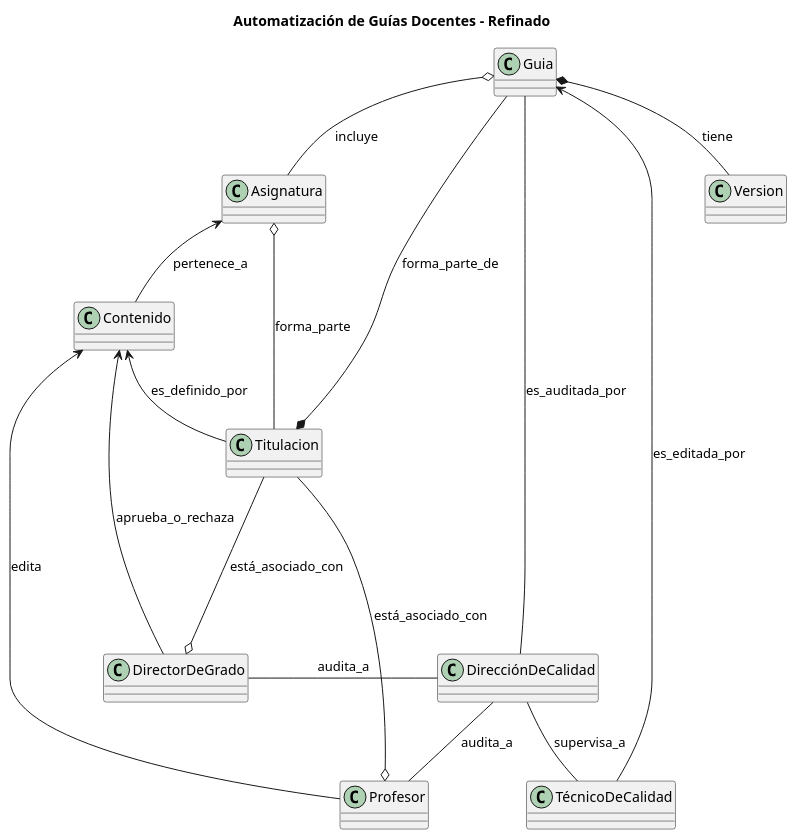
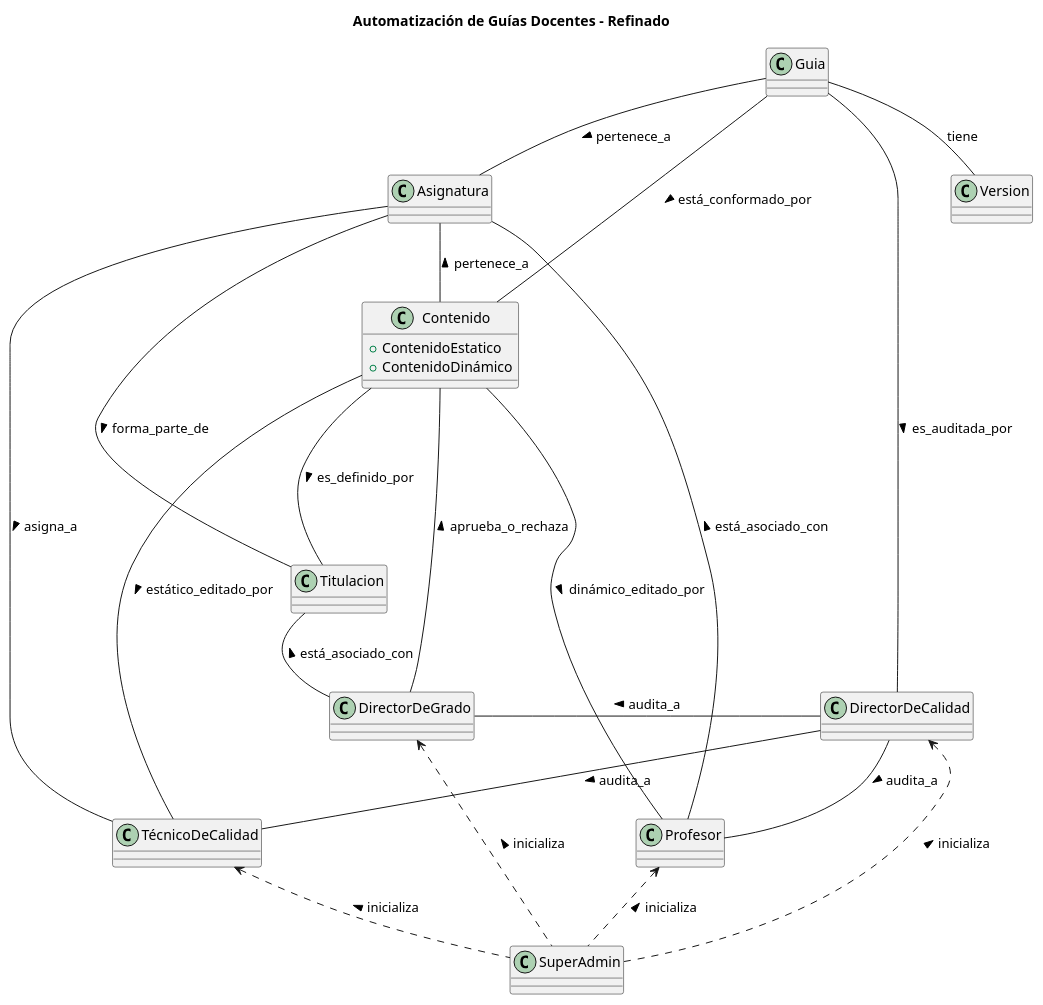
Before and after one commit to mmasias/24-25-IdSw1-SDR: the diagram in ModeloDelDominio/DiagramaDeClases.puml, drawn with PlantUML. The commit also changed 4 other files, not shown here.

First line of the commit message:
Actualizando diagrama de clases - Relacion de contenido directamente con Guía - Relacionar tecnico de calidad y asignatura

```diff
--- a/ModeloDelDominio/DiagramaDeClases.puml
+++ b/ModeloDelDominio/DiagramaDeClases.puml
@@ -1,36 +1,47 @@
 @startuml Diagrama de Clases
 title Automatización de Guías Docentes - Refinado
 
+class SuperAdmin
 class Profesor
 class DirectorDeGrado
 class TécnicoDeCalidad
-class DirecciónDeCalidad
+class DirectorDeCalidad
 class Guia
-class Contenido
+class Contenido {
+  + ContenidoEstatico
+  + ContenidoDinámico
+}
 class Titulacion
 class Asignatura
 class Version
 
-Guia --* Titulacion: forma_parte_de
-Guia o-- Asignatura: incluye
+Guia -- Asignatura: pertenece_a >
+Guia -- Contenido: está_conformado_por >
 
-Asignatura <-down- Contenido: pertenece_a
-Asignatura o-down- Titulacion: forma_parte
 
-Guia -down- DirecciónDeCalidad: es_auditada_por
-Guia <-down- TécnicoDeCalidad: es_editada_por
-Guia *-down- Version: tiene
+Asignatura -down- Contenido: pertenece_a <
+Asignatura -down- Titulacion: forma_parte_de >
+Asignatura -- TécnicoDeCalidad : asigna_a >
 
-Contenido <-- Titulacion: es_definido_por
+Guia -down- DirectorDeCalidad: es_auditada_por >
+Guia -down- Version: tiene
 
-DirecciónDeCalidad -- TécnicoDeCalidad: supervisa_a
-DirecciónDeCalidad -- Profesor: audita_a
-DirecciónDeCalidad -l-- DirectorDeGrado: audita_a
+Contenido --- Titulacion: es_definido_por >
 
-Profesor o-up-- Titulacion: está_asociado_con
-DirectorDeGrado o-up-- Titulacion: está_asociado_con
+DirectorDeCalidad -- TécnicoDeCalidad: audita_a >
+DirectorDeCalidad -- Profesor: audita_a >
+DirectorDeCalidad -l- DirectorDeGrado: audita_a >
 
-Contenido <- DirectorDeGrado: aprueba_o_rechaza
-Contenido <-- Profesor: edita
+Profesor -up-- Asignatura: está_asociado_con >
 
+Contenido -- Profesor: dinámico_editado_por >
+
+DirectorDeGrado -up- Titulacion: está_asociado_con >
+Contenido -- DirectorDeGrado: aprueba_o_rechaza <
+Contenido -down- TécnicoDeCalidad: estático_editado_por >
+
+SuperAdmin .up.> Profesor: inicializa >
+SuperAdmin .up.> TécnicoDeCalidad: inicializa >
+SuperAdmin .up.> DirectorDeGrado: inicializa >
+SuperAdmin .up.> DirectorDeCalidad: inicializa >
 @enduml
```
